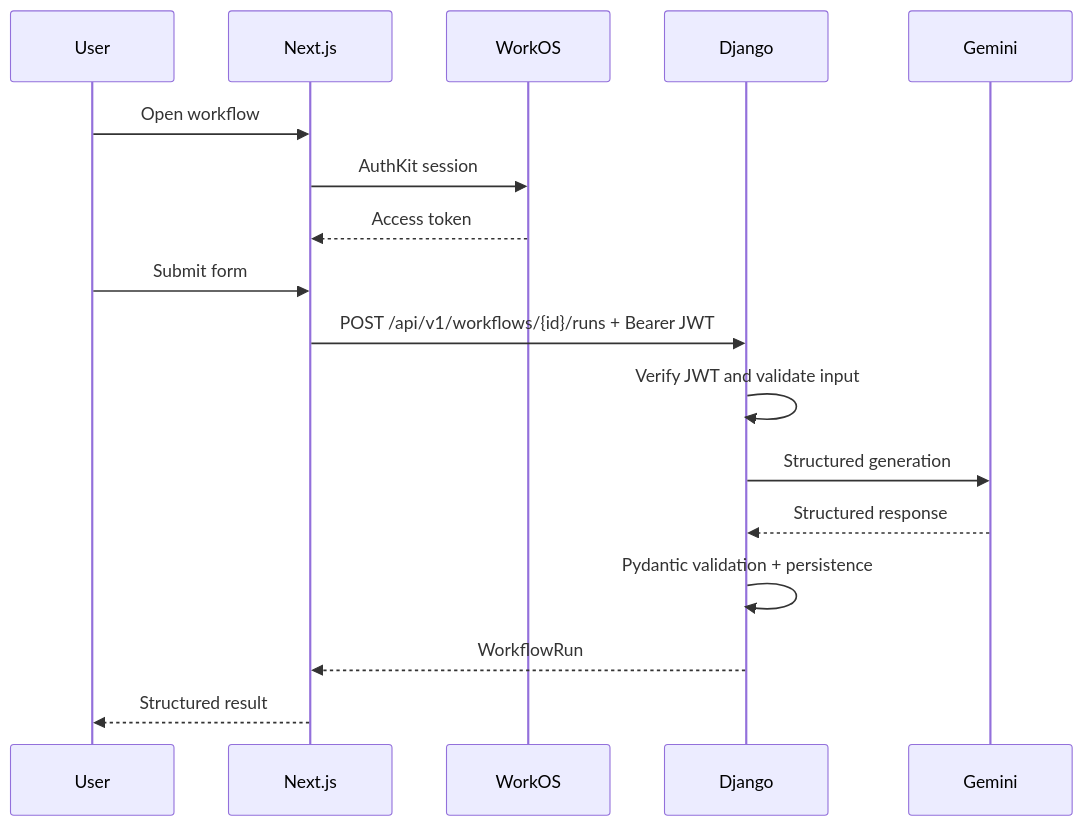
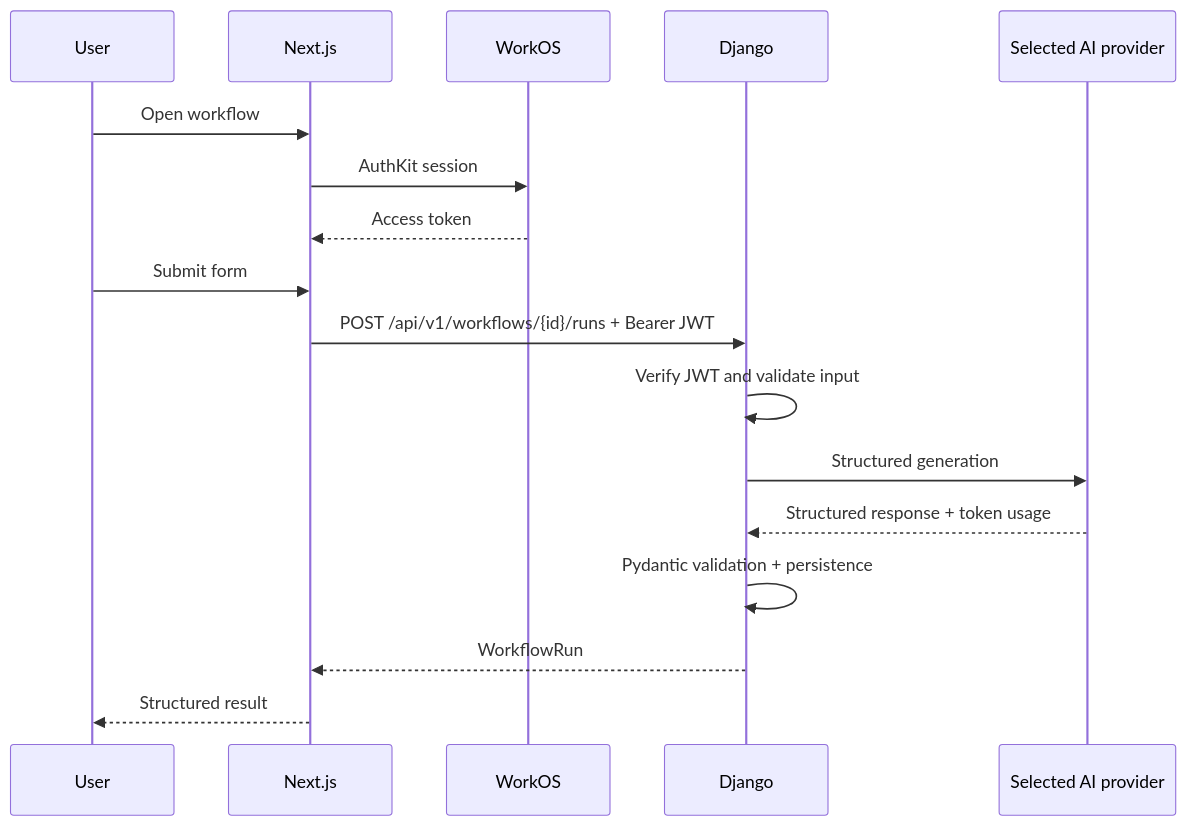
One commit to XVDev21/OpsPilot-dev changed the diagram in docs/06_END_TO_END_AND_DEPLOYMENT.md. Above: the diagram before and after it, drawn with Mermaid. The commit also changed other lines of this file and 57 other files, not shown here.

````diff
--- a/docs/06_END_TO_END_AND_DEPLOYMENT.md
+++ b/docs/06_END_TO_END_AND_DEPLOYMENT.md
@@ -5,20 +5,20 @@
 ```mermaid
 sequenceDiagram
     participant U as User
     participant F as Next.js
     participant W as WorkOS
     participant D as Django
-    participant G as Gemini
+    participant P as Selected AI provider
 
     U->>F: Open workflow
     F->>W: AuthKit session
     W-->>F: Access token
     U->>F: Submit form
     F->>D: POST /api/v1/workflows/{id}/runs + Bearer JWT
     D->>D: Verify JWT and validate input
-    D->>G: Structured generation
-    G-->>D: Structured response
+    D->>P: Structured generation
+    P-->>D: Structured response + token usage
     D->>D: Pydantic validation + persistence
     D-->>F: WorkflowRun
     F-->>U: Structured result
 ```
````
